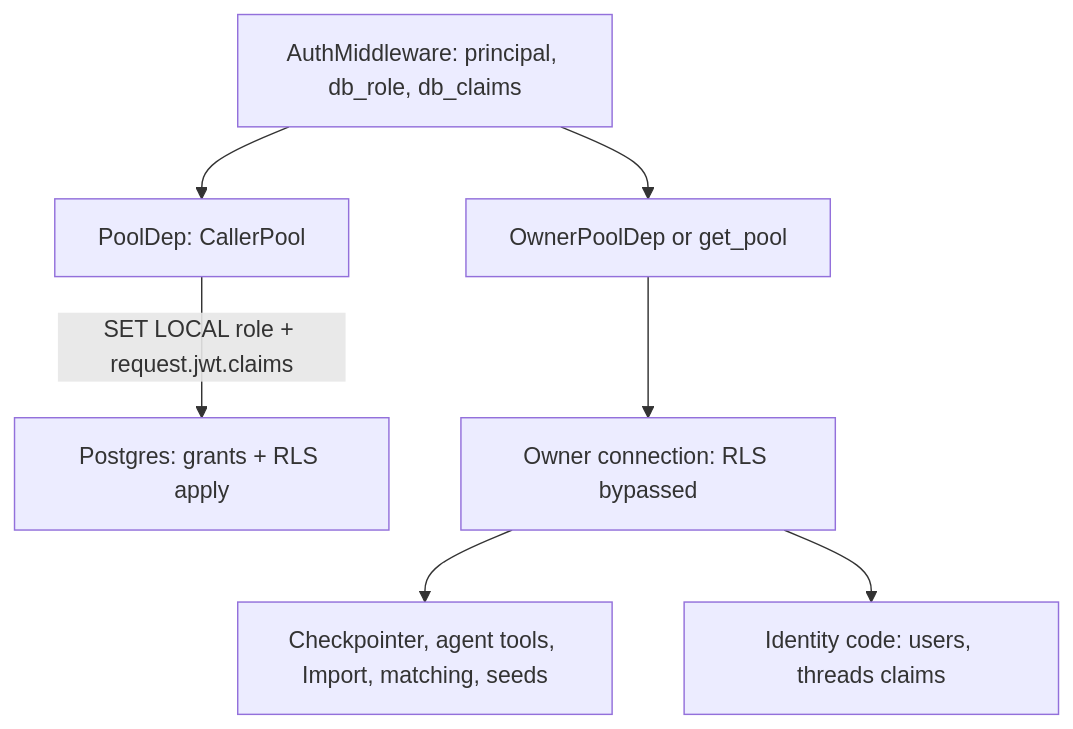
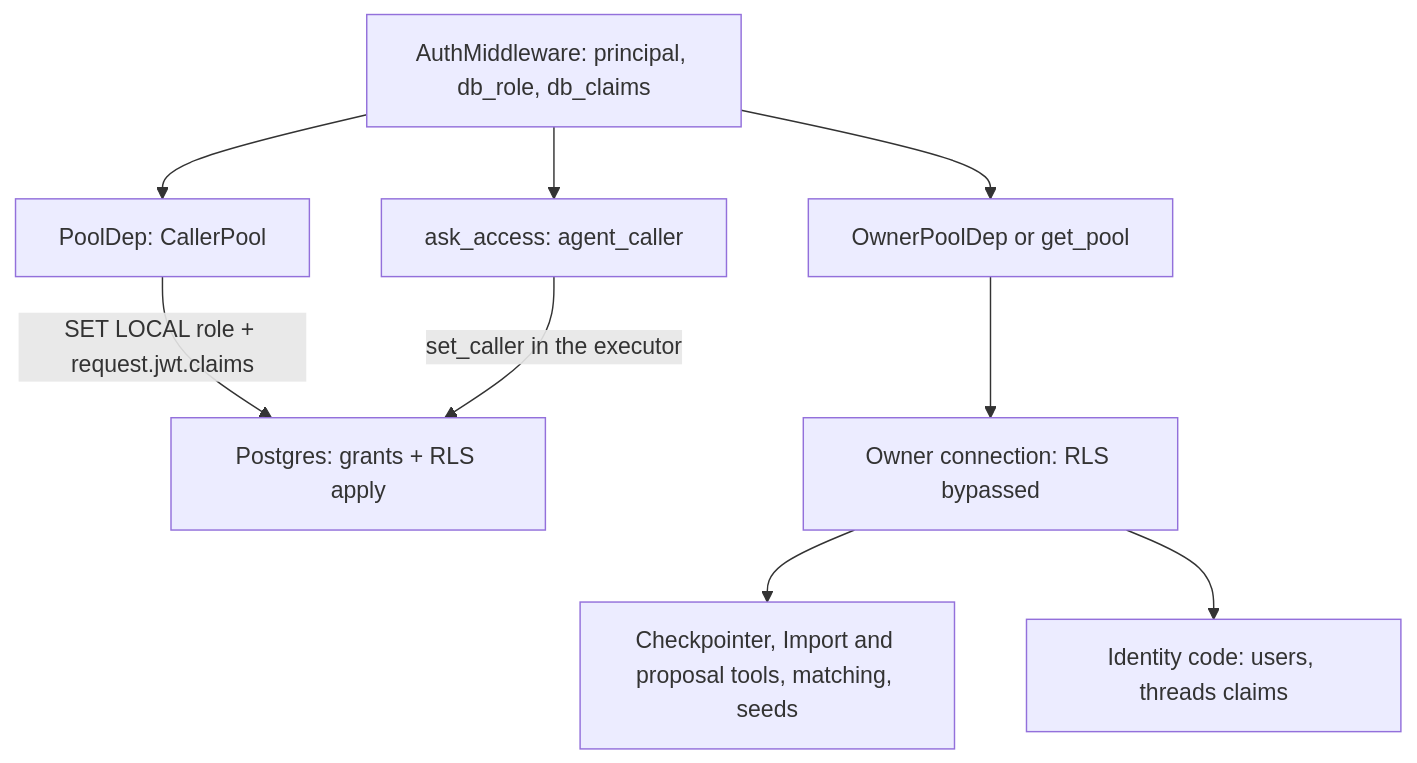
The first of 2 diagrams in openwiki/architecture/auth-roles-rls.md (project-tech4dev/sangam), drawn with Mermaid before and after one commit. The commit also changed other lines of this file and 41 other files, not shown here.

````diff
--- a/openwiki/architecture/auth-roles-rls.md
+++ b/openwiki/architecture/auth-roles-rls.md
@@ -142,9 +166,11 @@
 ```mermaid
 flowchart TD
     MW["AuthMiddleware: principal, db_role, db_claims"] --> PD["PoolDep: CallerPool"]
     MW --> OD["OwnerPoolDep or get_pool"]
+    MW --> AC["ask_access: agent_caller"]
     PD -->|"SET LOCAL role + request.jwt.claims"| RLS["Postgres: grants + RLS apply"]
+    AC -->|"set_caller in the executor"| RLS
     OD --> OWN["Owner connection: RLS bypassed"]
-    OWN --> CK["Checkpointer, agent tools, Import, matching, seeds"]
+    OWN --> CK["Checkpointer, Import and proposal tools, matching, seeds"]
     OWN --> ID["Identity code: users, threads claims"]
 ```
````
